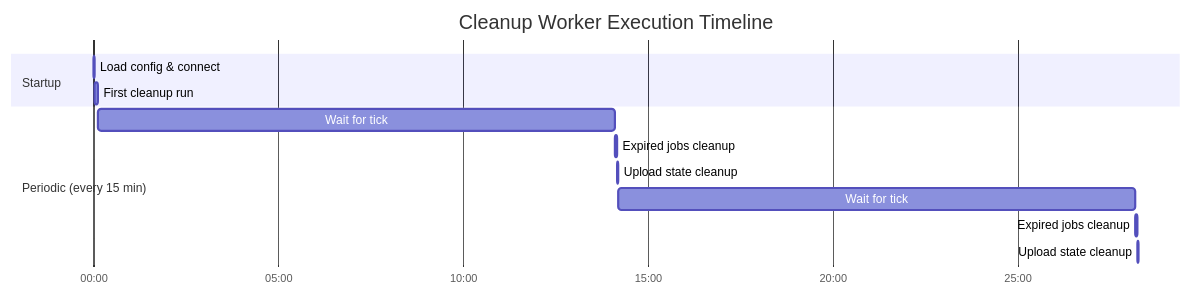
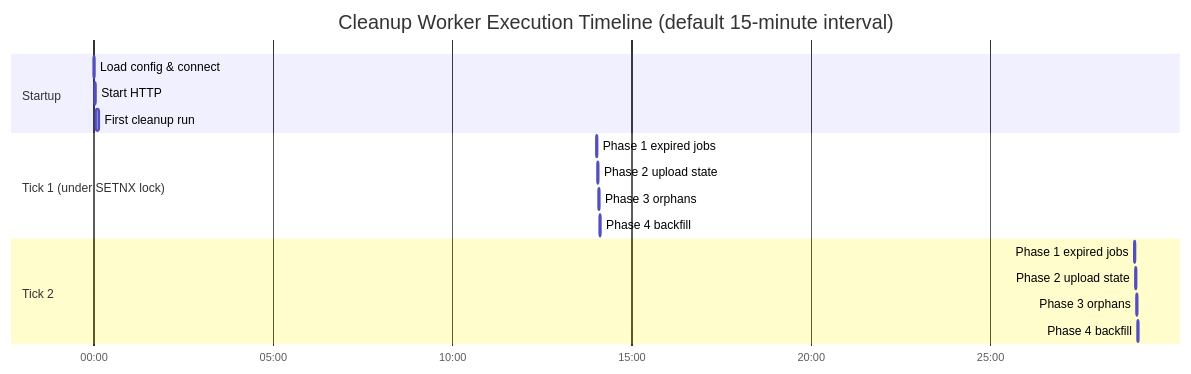
Before and after one commit to Prachidubey2003/fyredocs_backend: the seventh of 7 diagrams in docs/developer/mermaid/service-cleanup-worker-sequence.md, drawn with Mermaid. The commit also changed other lines of this file and 39 other files, not shown here.

````diff
--- a/docs/developer/mermaid/service-cleanup-worker-sequence.md
+++ b/docs/developer/mermaid/service-cleanup-worker-sequence.md
@@ -128,18 +173,23 @@
 ```mermaid
 gantt
-    title Cleanup Worker Execution Timeline
+    title Cleanup Worker Execution Timeline (default 15-minute interval)
     dateFormat mm:ss
     axisFormat %M:%S
 
     section Startup
     Load config & connect    :s1, 00:00, 2s
-    First cleanup run        :s2, after s1, 5s
+    Start HTTP :8088         :s2, after s1, 1s
+    First cleanup run        :s3, after s2, 6s
 
-    section Periodic (every 15 min)
-    Wait for tick            :w1, after s2, 14m
-    Expired jobs cleanup     :c1, after w1, 3s
-    Upload state cleanup     :c2, after c1, 2s
-    Wait for tick            :w2, after c2, 14m
-    Expired jobs cleanup     :c3, after w2, 3s
-    Upload state cleanup     :c4, after c3, 2s
+    section Tick 1 (under SETNX lock)
+    Phase 1 expired jobs     :p1, 14:00, 3s
+    Phase 2 upload state     :p2, after p1, 2s
+    Phase 3 orphans          :p3, after p2, 2s
+    Phase 4 backfill         :p4, after p3, 1s
+
+    section Tick 2
+    Phase 1 expired jobs     :q1, 29:00, 3s
+    Phase 2 upload state     :q2, after q1, 2s
+    Phase 3 orphans          :q3, after q2, 2s
+    Phase 4 backfill         :q4, after q3, 1s
 ```
````
